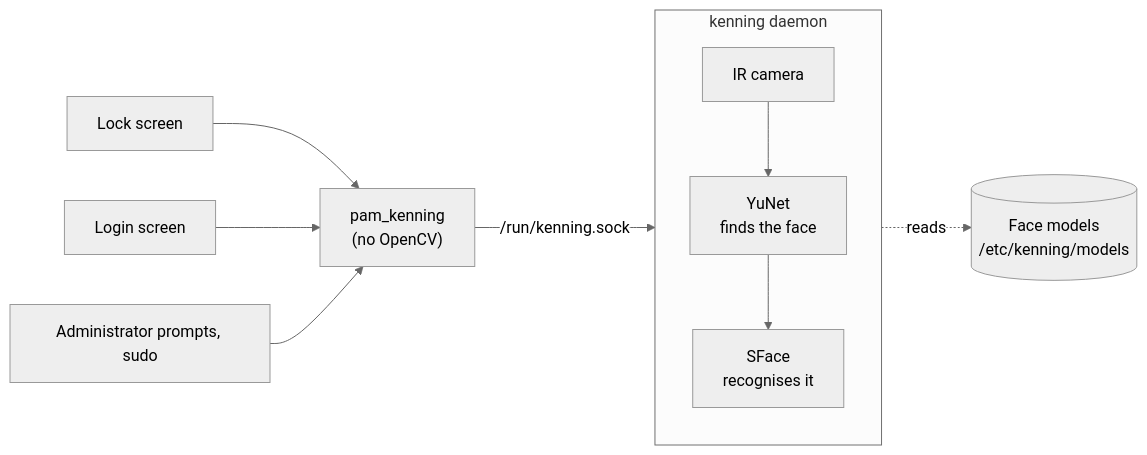
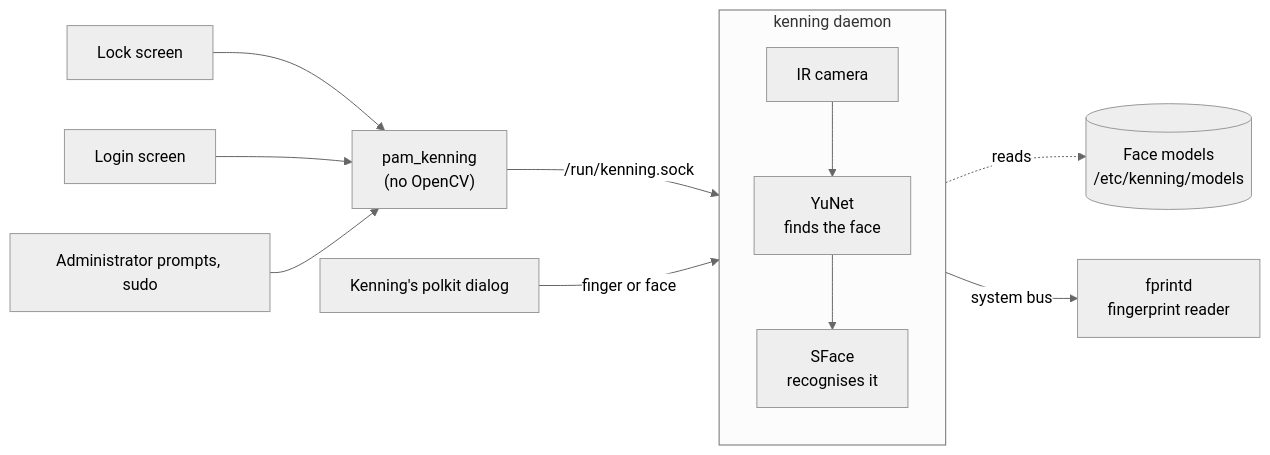
Before and after one commit to majd04-ad/kenning: the diagram in README.md, drawn with Mermaid (neutral theme). The commit also changed other lines of this file and 9 other files, not shown here.

First line of the commit message:
Packaging and docs for fingerprints and the polkit dialog

````diff
--- a/README.md
+++ b/README.md
@@ -196,12 +210,14 @@
 ```mermaid
 flowchart LR
     lock[Lock screen] --> pam
     login[Login screen] --> pam
     admin["Administrator prompts, sudo"] --> pam
     pam["pam_kenning<br>(no OpenCV)"] -- /run/kenning.sock --> daemon
     subgraph daemon [kenning daemon]
         direction TB
         camera[IR camera] --> yunet["YuNet<br>finds the face"] --> sface["SFace<br>recognises it"]
     end
     daemon -. reads .-> models[("Face models<br>/etc/kenning/models")]
+    daemon -- system bus --> fprintd["fprintd<br>fingerprint reader"]
+    dialog["Kenning's polkit dialog"] -- "finger or face" --> daemon
 ```
````
